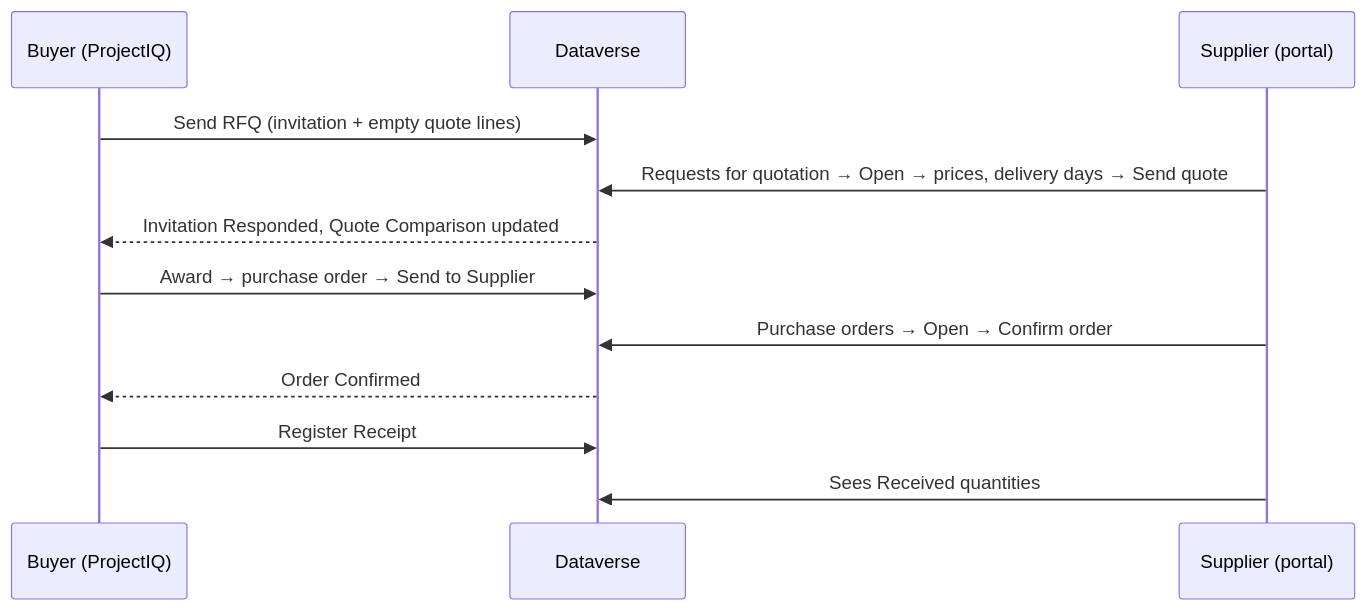
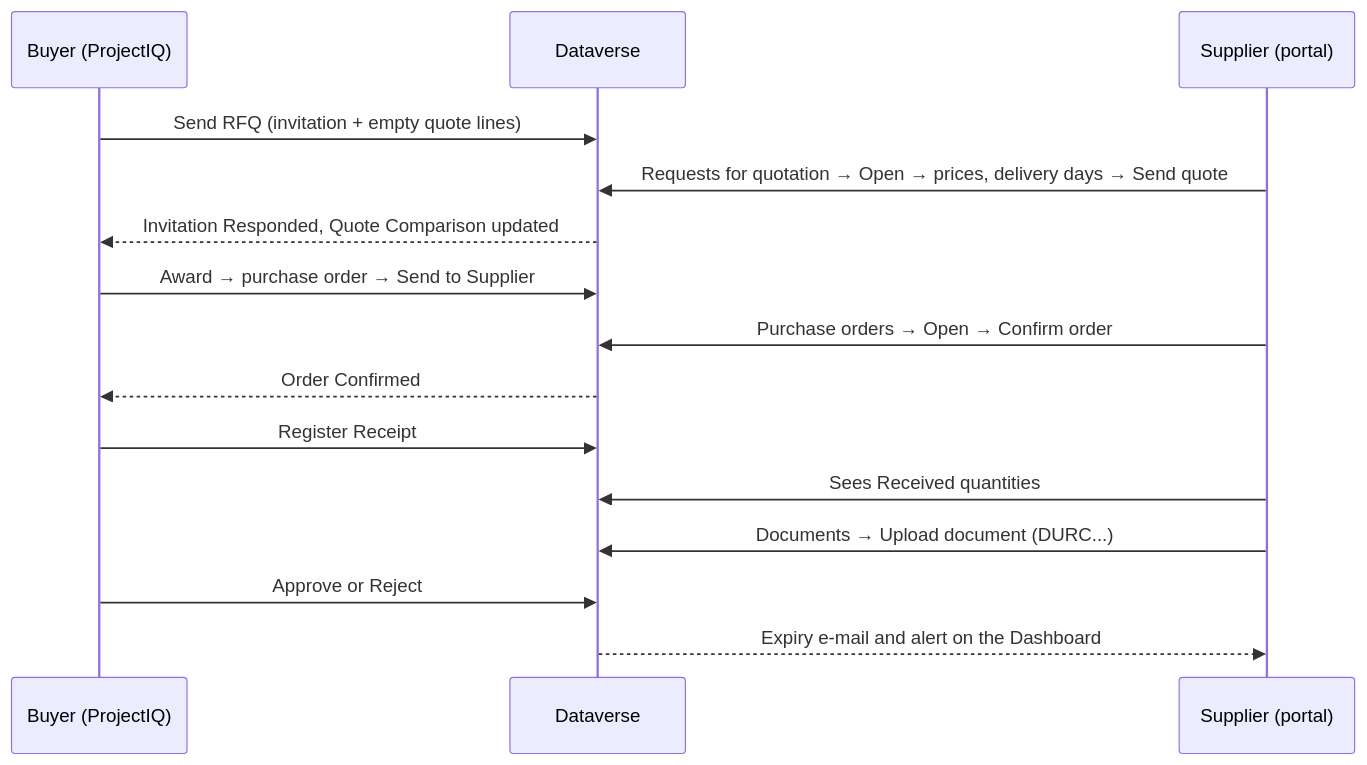
One commit to Power-Builders-Italia/ProjectIQ changed the diagram in docs/en/supplier-portal.md. Above: the diagram before and after it, drawn with Mermaid. The commit also changed other lines of this file and 112 other files, not shown here.

First line of the commit message:
Supplier documents: buyer review, expiry e-mails, SharePoint archiving, new supplier portal (#98)

````diff
--- a/docs/en/supplier-portal.md
+++ b/docs/en/supplier-portal.md
@@ -16,14 +18,17 @@
 ```mermaid
 sequenceDiagram
     participant B as Buyer (ProjectIQ)
     participant DV as Dataverse
     participant S as Supplier (portal)
     B->>DV: Send RFQ (invitation + empty quote lines)
     S->>DV: Requests for quotation → Open → prices, delivery days → Send quote
     DV-->>B: Invitation Responded, Quote Comparison updated
     B->>DV: Award → purchase order → Send to Supplier
     S->>DV: Purchase orders → Open → Confirm order
     DV-->>B: Order Confirmed
     B->>DV: Register Receipt
     S->>DV: Sees Received quantities
+    S->>DV: Documents → Upload document (DURC...)
+    B->>DV: Approve or Reject
+    DV-->>S: Expiry e-mail and alert on the Dashboard
 ```
````
